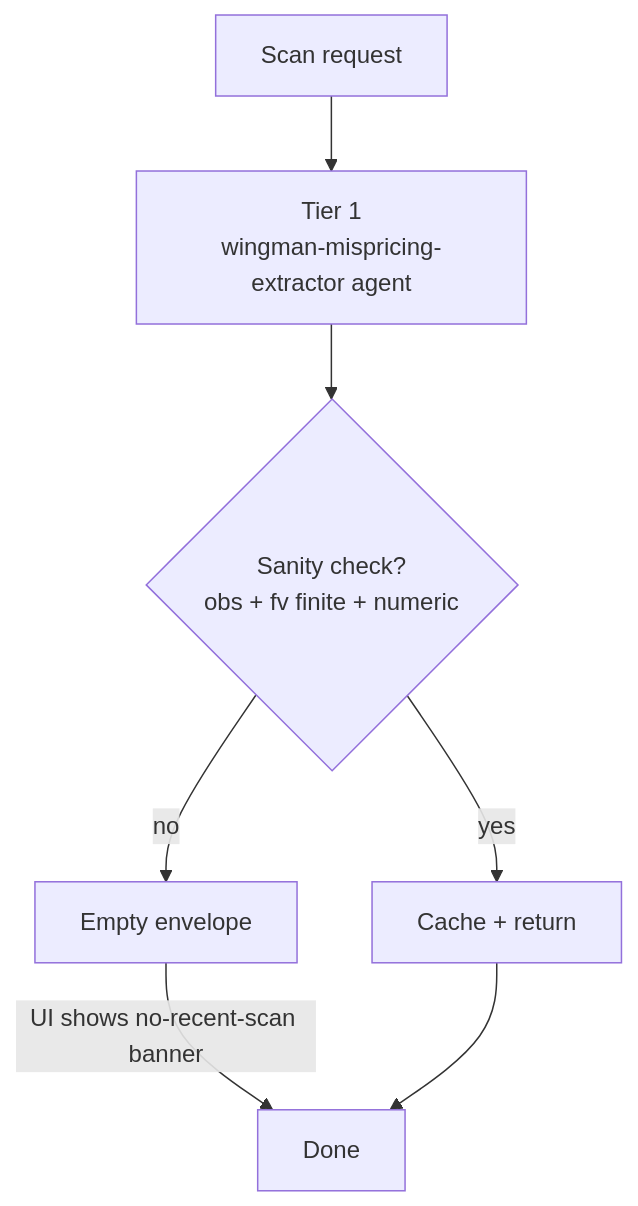
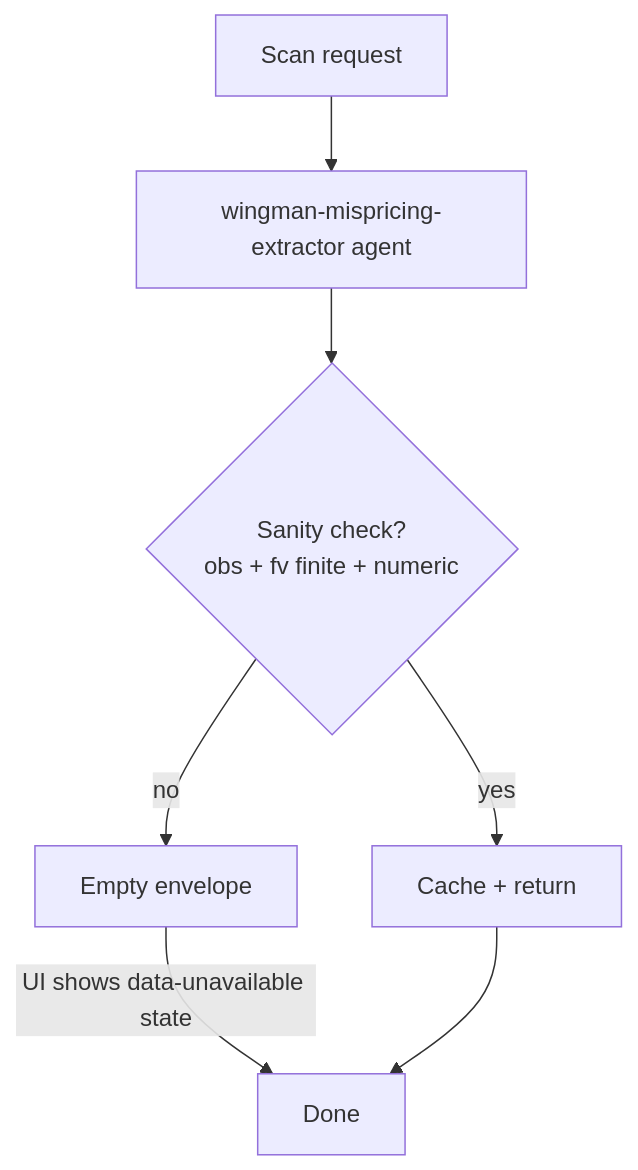
Before and after one commit to sarkar4777/abenix: the diagram in apps/web/public/dev-docs/07-standalone-apps/01-wingman.md, drawn with Mermaid. The commit also changed other lines of this file and 623 other files, not shown here.

````diff
--- a/apps/web/public/dev-docs/07-standalone-apps/01-wingman.md
+++ b/apps/web/public/dev-docs/07-standalone-apps/01-wingman.md
@@ -102,9 +122,9 @@
 ```mermaid
 flowchart TB
-  S[Scan request] --> A[Tier 1<br/>wingman-mispricing-extractor agent]
+  S[Scan request] --> A[wingman-mispricing-extractor agent]
   A --> V{Sanity check?<br/>obs + fv finite + numeric}
   V -->|yes| Cache[Cache + return]
   V -->|no| E[Empty envelope]
-  E -->|UI shows no-recent-scan banner| Done
+  E -->|UI shows data-unavailable state| Done
   Cache --> Done
 ```
````
